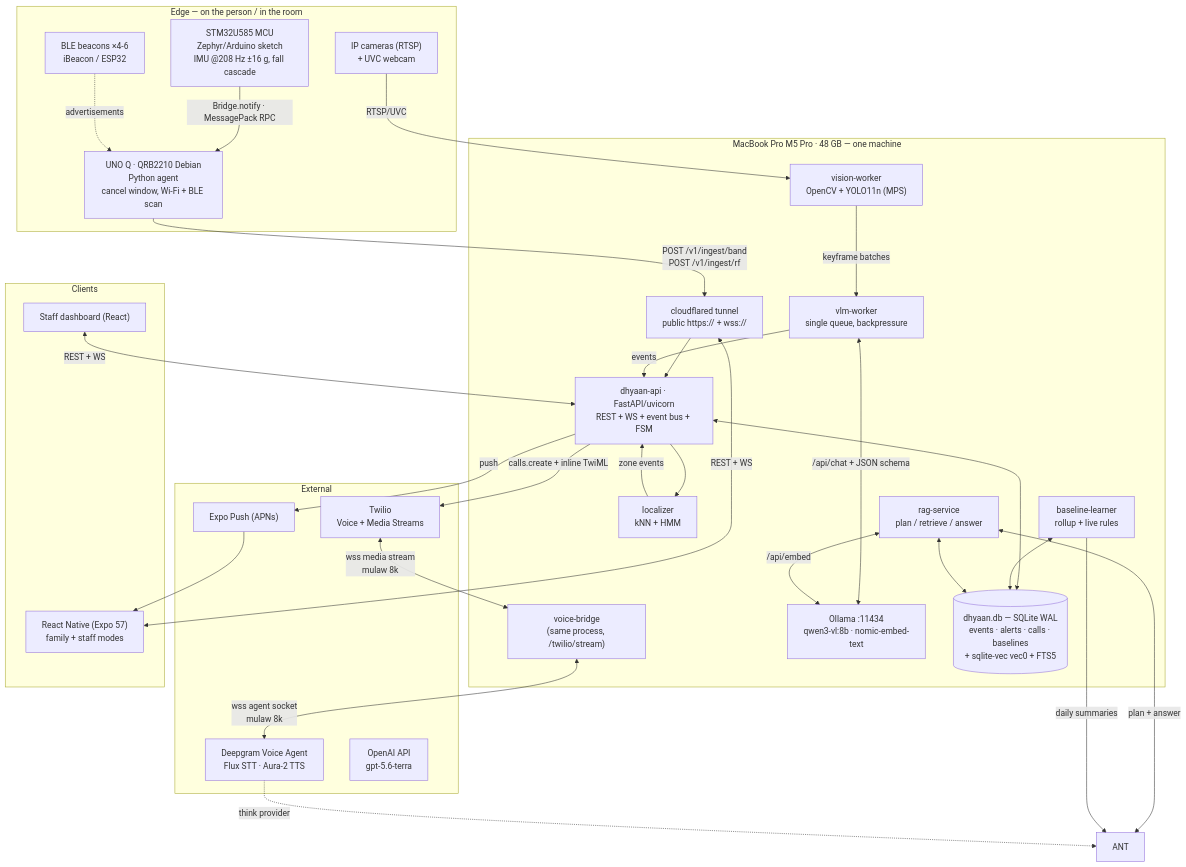
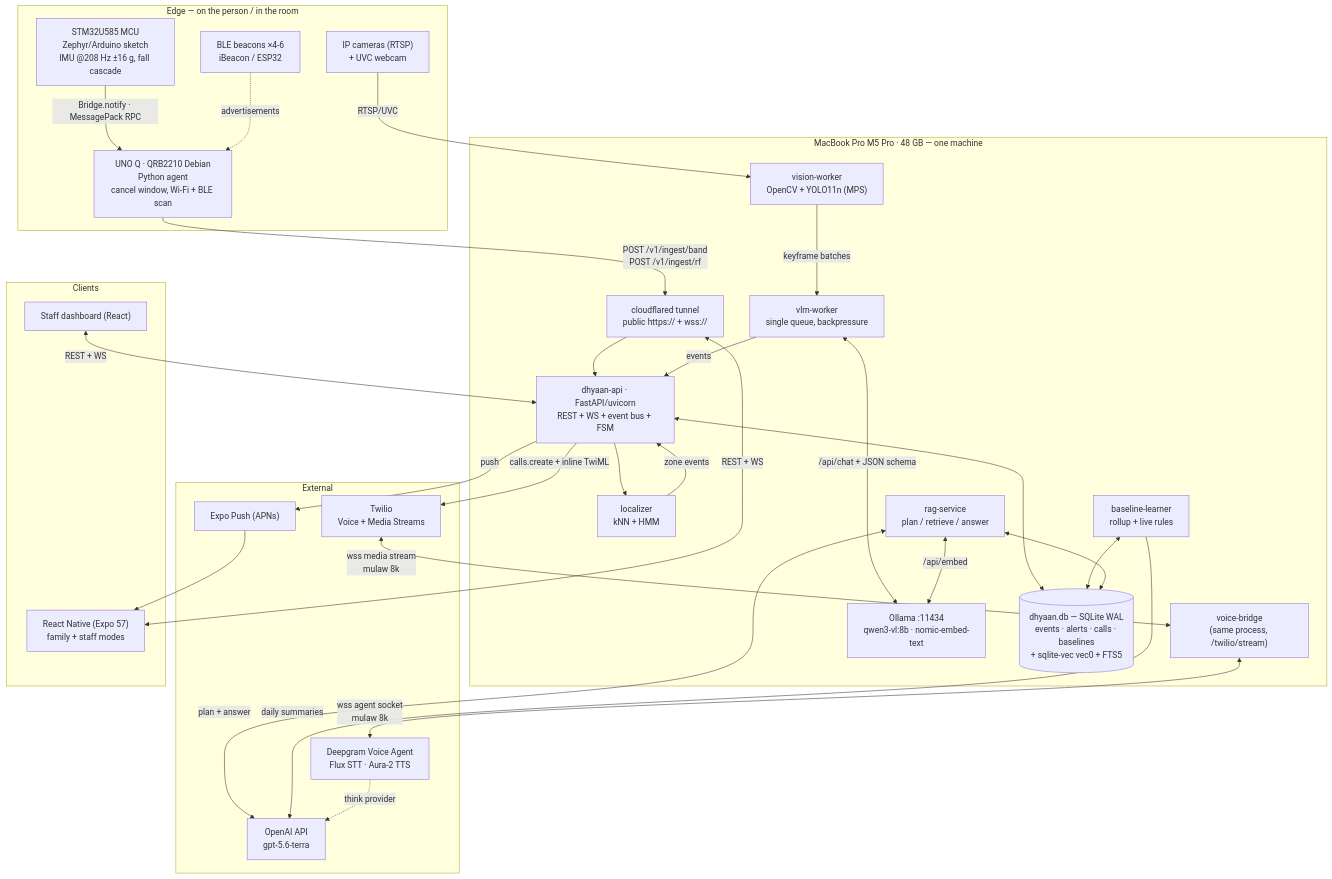
Before and after one commit to ayushmk7/Dhyaan_HackMIT2026: the first of 2 diagrams in docs/TECHNICAL_PRD.md, drawn with Mermaid. The commit also changed other lines of this file and 32 other files, not shown here.

````diff
--- a/docs/TECHNICAL_PRD.md
+++ b/docs/TECHNICAL_PRD.md
@@ -103,59 +103,59 @@
 ```mermaid
 graph TB
     subgraph EDGE["Edge — on the person / in the room"]
         MCU["STM32U585 MCU<br/>Zephyr/Arduino sketch<br/>IMU @208 Hz ±16 g, fall cascade"]
         LNX["UNO Q · QRB2210 Debian<br/>Python agent<br/>cancel window, Wi-Fi + BLE scan"]
         BCN["BLE beacons ×4-6<br/>iBeacon / ESP32"]
         CAM["IP cameras (RTSP)<br/>+ UVC webcam"]
         MCU -->|Bridge.notify · MessagePack RPC| LNX
         BCN -.->|advertisements| LNX
     end
 
     subgraph MAC["MacBook Pro M5 Pro · 48 GB — one machine"]
         API["dhyaan-api · FastAPI/uvicorn<br/>REST + WS + event bus + FSM"]
         BRIDGE["voice-bridge<br/>(same process, /twilio/stream)"]
         VISION["vision-worker<br/>OpenCV + YOLO11n (MPS)"]
         VLMQ["vlm-worker<br/>single queue, backpressure"]
         LOC["localizer<br/>kNN + HMM"]
         LEARN["baseline-learner<br/>rollup + live rules"]
         RAG["rag-service<br/>plan / retrieve / answer"]
         OLL["Ollama :11434<br/>qwen3-vl:8b · nomic-embed-text"]
         DB[("dhyaan.db — SQLite WAL<br/>events · alerts · calls · baselines<br/>+ sqlite-vec vec0 + FTS5")]
         TUN["cloudflared tunnel<br/>public https:// + wss://"]
     end
 
     subgraph CLOUD["External"]
         TW["Twilio<br/>Voice + Media Streams"]
         DG["Deepgram Voice Agent<br/>Flux STT · Aura-2 TTS"]
         OAI["OpenAI API<br/>gpt-5.6-terra"]
         EXPO["Expo Push (APNs)"]
     end
 
     subgraph APPS["Clients"]
         RN["React Native (Expo 57)<br/>family + staff modes"]
         WEB["Staff dashboard (React)"]
     end
 
     LNX -->|"POST /v1/ingest/band<br/>POST /v1/ingest/rf"| TUN
     CAM -->|RTSP/UVC| VISION
     TUN --> API
     VISION -->|keyframe batches| VLMQ
     VLMQ <-->|/api/chat + JSON schema| OLL
     VLMQ -->|events| API
     LOC -->|zone events| API
     API --> LOC
     API <--> DB
     LEARN <--> DB
     RAG <--> DB
     RAG <-->|/api/embed| OLL
-    RAG <-->|plan + answer| ANT
-    LEARN -->|daily summaries| ANT
+    RAG <-->|plan + answer| OAI
+    LEARN -->|daily summaries| OAI
     API -->|"calls.create + inline TwiML"| TW
     TW <-->|"wss media stream<br/>mulaw 8k"| BRIDGE
     BRIDGE <-->|"wss agent socket<br/>mulaw 8k"| DG
-    DG -.->|think provider| ANT
+    DG -.->|think provider| OAI
     API -->|push| EXPO
     EXPO --> RN
     RN <-->|"REST + WS"| TUN
     WEB <-->|"REST + WS"| API
 ```
````
